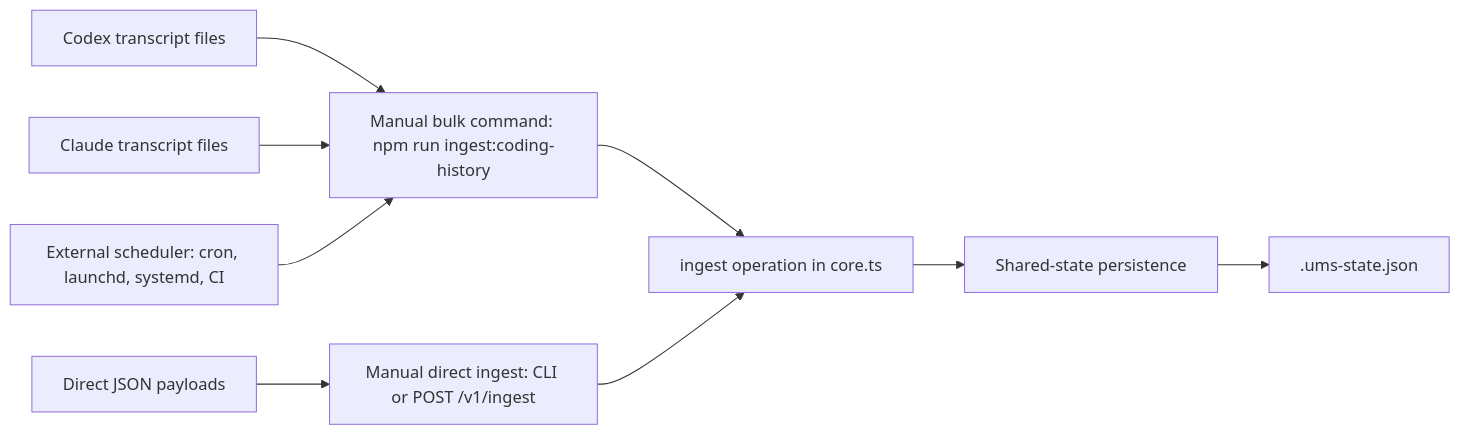
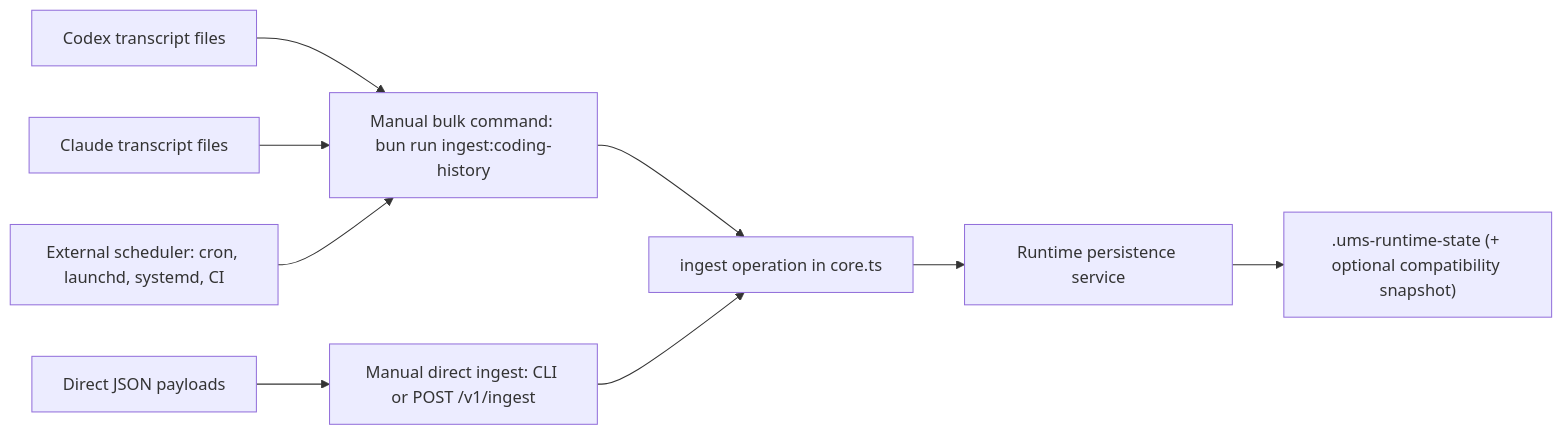
Before and after one commit to BleedingDev/ums-memory: the fourth of 4 diagrams in docs/system-diagram.md, drawn with Mermaid. The commit also changed other lines of this file and 214 other files, not shown here.

Commit message:
daemon/runtime: land bun-only daemon-first runtime and adapter parity

````diff
--- a/docs/system-diagram.md
+++ b/docs/system-diagram.md
@@ -90,21 +90,21 @@
 ```mermaid
 flowchart LR
   S1["Codex transcript files"]
   S2["Claude transcript files"]
   S3["Direct JSON payloads"]
-  M1["Manual bulk command: npm run ingest:coding-history"]
+  M1["Manual bulk command: bun run ingest:coding-history"]
   M2["Manual direct ingest: CLI or POST /v1/ingest"]
   A1["External scheduler: cron, launchd, systemd, CI"]
   I1["ingest operation in core.ts"]
-  P1["Shared-state persistence"]
-  F1[".ums-state.json"]
+  P1["Runtime persistence service"]
+  F1[".ums-runtime-state (+ optional compatibility snapshot)"]
 
   S1 --> M1
   S2 --> M1
   S3 --> M2
   A1 --> M1
   M1 --> I1
   M2 --> I1
   I1 --> P1
   P1 --> F1
 ```
````
